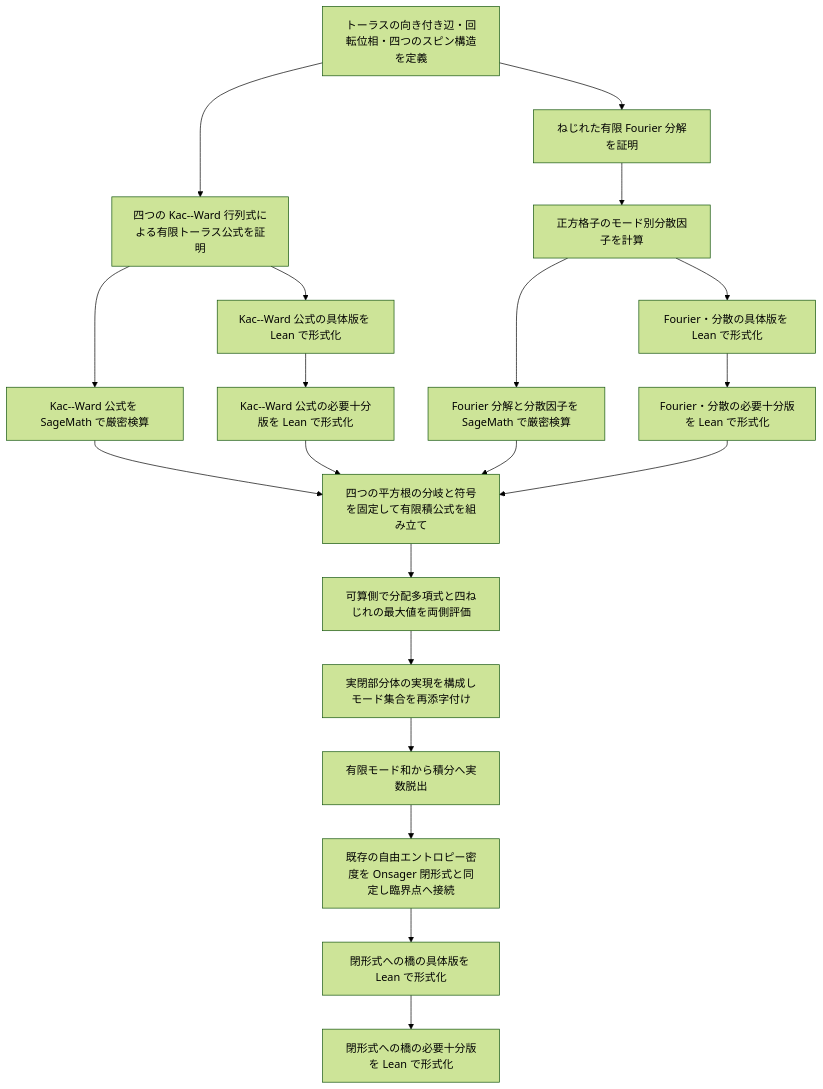
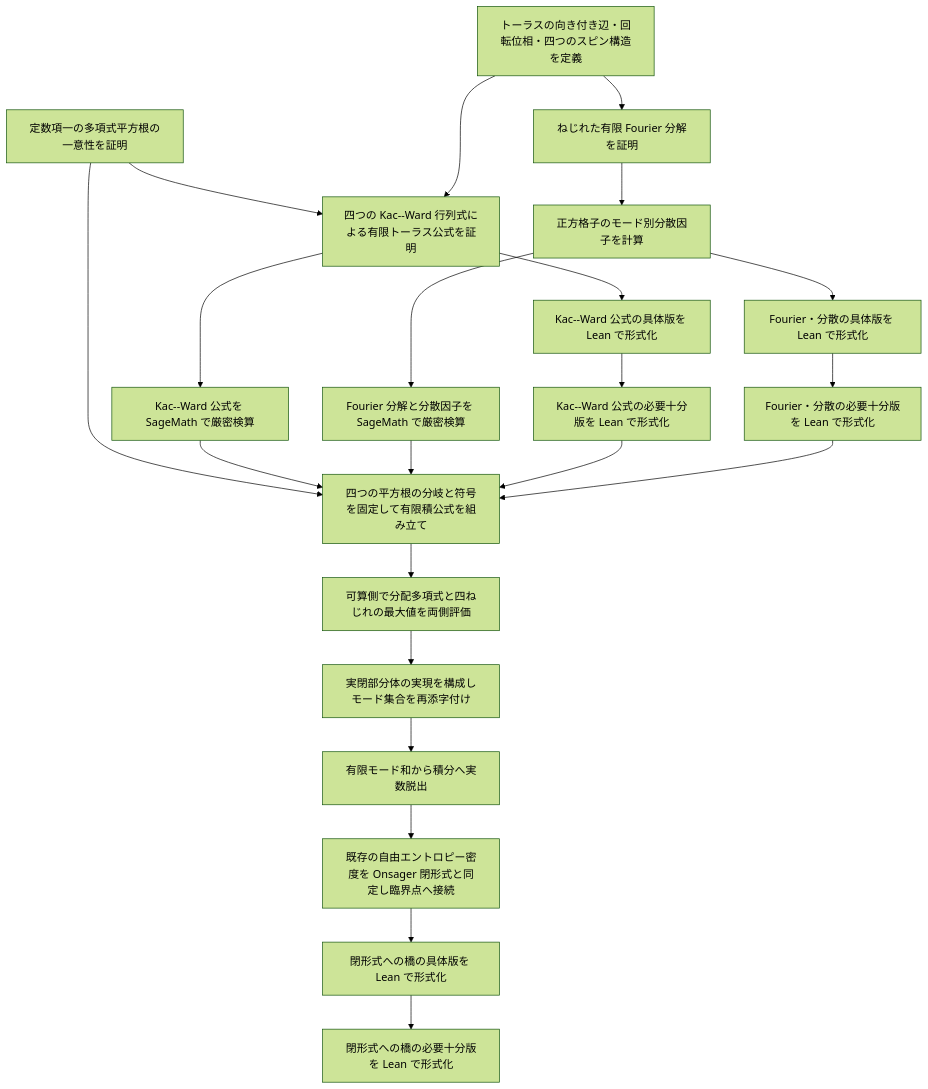
One commit to masaori/math changed the diagram in exact-solution-of-2d-ising-model-lambda/docs/tasks/onsager-closed-form-connection/task-dependency-graph.md. Above: the diagram before and after it, drawn with Mermaid (forest theme). The commit also changed other lines of this file and 8 other files, not shown here.

````diff
--- a/exact-solution-of-2d-ising-model-lambda/docs/tasks/onsager-closed-form-connection/task-dependency-graph.md
+++ b/exact-solution-of-2d-ising-model-lambda/docs/tasks/onsager-closed-form-connection/task-dependency-graph.md
@@ -27,22 +29,25 @@
 ```mermaid
 graph TD
+  polynomialroot[定数項一の多項式平方根の一意性を証明]
+  polynomialroot --> kw
+  polynomialroot --> product
   data[トーラスの向き付き辺・回転位相・四つのスピン構造を定義] --> kw[四つの Kac--Ward 行列式による有限トーラス公式を証明]
   kw --> kwcheck[Kac--Ward 公式を SageMath で厳密検算]
   kw --> kwleanconcrete[Kac--Ward 公式の具体版を Lean で形式化]
   kwleanconcrete --> kwleanessential[Kac--Ward 公式の必要十分版を Lean で形式化]
   data --> fourier[ねじれた有限 Fourier 分解を証明]
   fourier --> dispersion[正方格子のモード別分散因子を計算]
   dispersion --> dispersioncheck[Fourier 分解と分散因子を SageMath で厳密検算]
   dispersion --> dispersionleanconcrete[Fourier・分散の具体版を Lean で形式化]
   dispersionleanconcrete --> dispersionleanessential[Fourier・分散の必要十分版を Lean で形式化]
   kwcheck --> product[四つの平方根の分岐と符号を固定して有限積公式を組み立て]
   dispersioncheck --> product
   kwleanessential --> product
   dispersionleanessential --> product
   product --> twists[可算側で分配多項式と四ねじれの最大値を両側評価]
   twists --> realization[実閉部分体の実現を構成しモード集合を再添字付け]
   realization --> integral[有限モード和から積分へ実数脱出]
   integral --> onsager[既存の自由エントロピー密度を Onsager 閉形式と同定し臨界点へ接続]
   onsager --> finalleanconcrete[閉形式への橋の具体版を Lean で形式化]
   finalleanconcrete --> finalleanessential[閉形式への橋の必要十分版を Lean で形式化]
 ```
````
